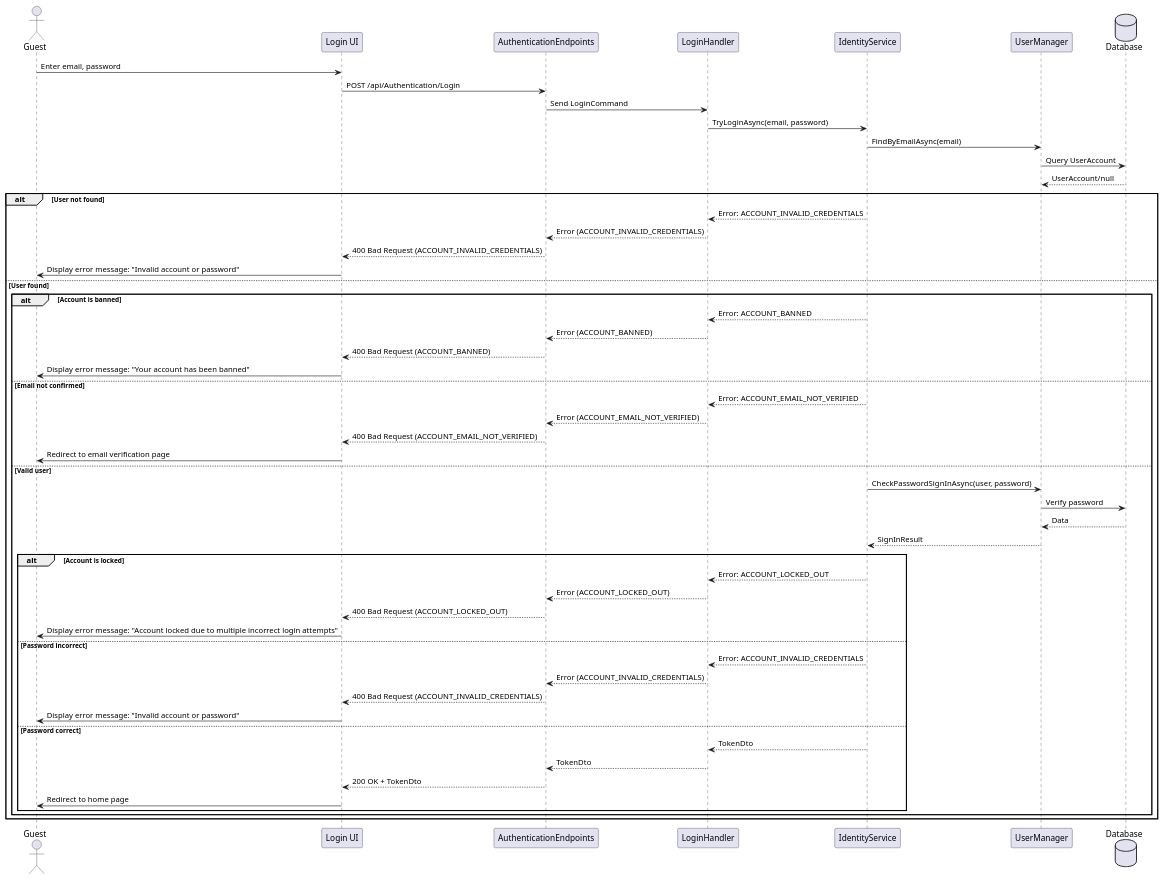
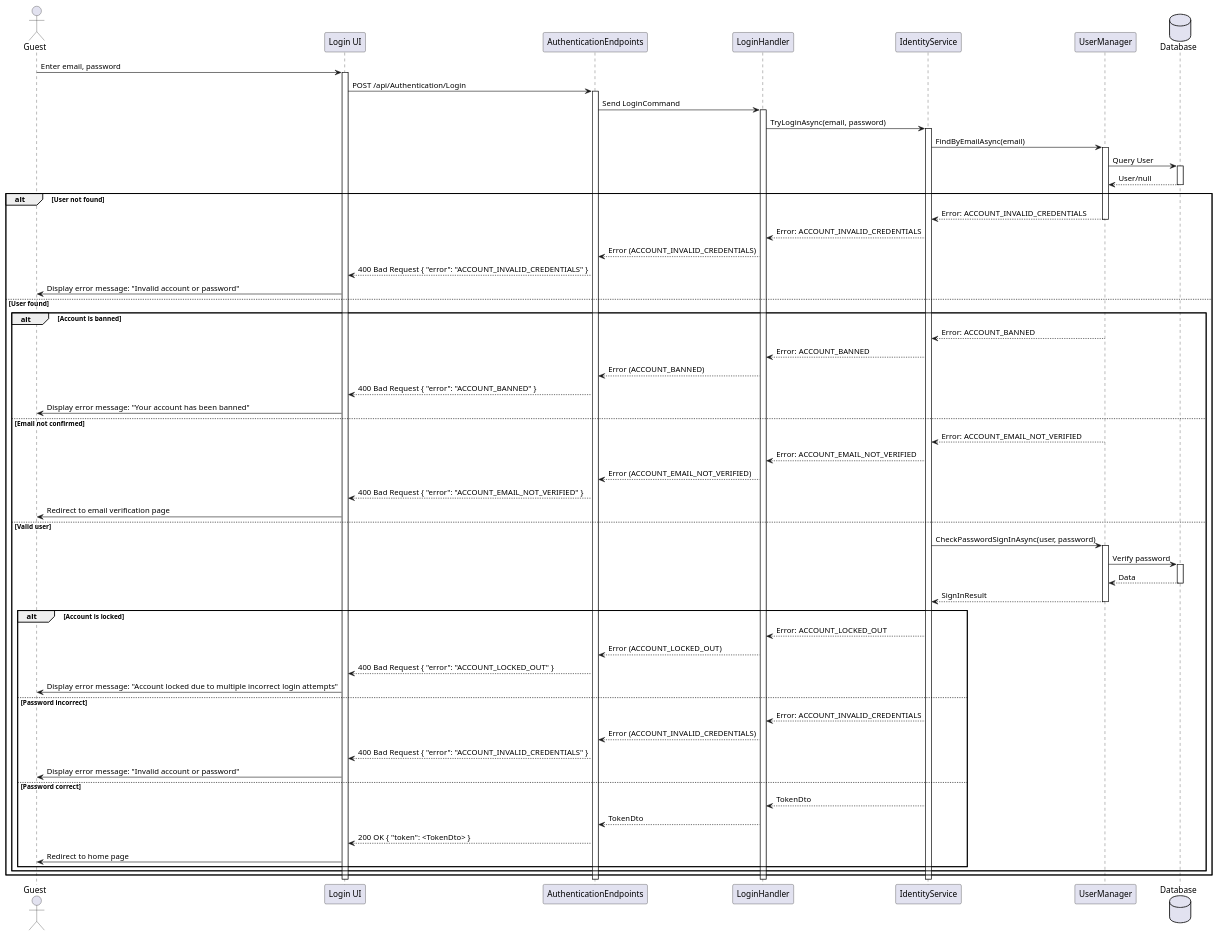
One commit to thanhkhac/SEP_Diagram changed the diagram in authentication/sequence/02_Login.puml. Above: the diagram before and after it, drawn with PlantUML. The commit also changed 3 other files, not shown here.

Commit message:
Enhance authentication sequence diagrams

```diff
--- a/authentication/sequence/02_Login.puml
+++ b/authentication/sequence/02_Login.puml
@@ -1,57 +1,77 @@
 @startuml
 actor Guest as User
 participant "Login UI" as UI
 participant AuthenticationEndpoints
 participant LoginHandler
 participant IdentityService
 participant UserManager
 Database Database
 
 User -> UI : Enter email, password
+activate UI
 UI -> AuthenticationEndpoints : POST /api/Authentication/Login
+activate AuthenticationEndpoints
 AuthenticationEndpoints -> LoginHandler : Send LoginCommand
+activate LoginHandler
 LoginHandler -> IdentityService : TryLoginAsync(email, password)
+activate IdentityService
 IdentityService -> UserManager : FindByEmailAsync(email)
-UserManager -> Database : Query UserAccount
-Database --> UserManager : UserAccount/null
+activate UserManager
+UserManager -> Database : Query User
+activate Database
+Database --> UserManager : User/null
+deactivate Database
 alt User not found
+    UserManager --> IdentityService : Error: ACCOUNT_INVALID_CREDENTIALS
+    deactivate UserManager
     IdentityService --> LoginHandler : Error: ACCOUNT_INVALID_CREDENTIALS
     LoginHandler --> AuthenticationEndpoints : Error (ACCOUNT_INVALID_CREDENTIALS)
-    AuthenticationEndpoints --> UI : 400 Bad Request (ACCOUNT_INVALID_CREDENTIALS)
+    AuthenticationEndpoints --> UI : 400 Bad Request { "error": "ACCOUNT_INVALID_CREDENTIALS" }
     UI -> User : Display error message: "Invalid account or password"
 else User found
     alt Account is banned
+        UserManager --> IdentityService : Error: ACCOUNT_BANNED
+        deactivate UserManager
         IdentityService --> LoginHandler : Error: ACCOUNT_BANNED
         LoginHandler --> AuthenticationEndpoints : Error (ACCOUNT_BANNED)
-        AuthenticationEndpoints --> UI : 400 Bad Request (ACCOUNT_BANNED)
+        AuthenticationEndpoints --> UI : 400 Bad Request { "error": "ACCOUNT_BANNED" }
         UI -> User : Display error message: "Your account has been banned"
     else Email not confirmed
+        UserManager --> IdentityService : Error: ACCOUNT_EMAIL_NOT_VERIFIED
+        deactivate UserManager
         IdentityService --> LoginHandler : Error: ACCOUNT_EMAIL_NOT_VERIFIED
         LoginHandler --> AuthenticationEndpoints : Error (ACCOUNT_EMAIL_NOT_VERIFIED)
-        AuthenticationEndpoints --> UI : 400 Bad Request (ACCOUNT_EMAIL_NOT_VERIFIED)
+        AuthenticationEndpoints --> UI : 400 Bad Request { "error": "ACCOUNT_EMAIL_NOT_VERIFIED" }
         UI -> User : Redirect to email verification page
     else Valid user
         IdentityService -> UserManager : CheckPasswordSignInAsync(user, password)
+        activate UserManager
         UserManager -> Database : Verify password
+        activate Database
         Database --> UserManager : Data
+        deactivate Database
         UserManager --> IdentityService : SignInResult
-
+        deactivate UserManager
         alt Account is locked
             IdentityService --> LoginHandler : Error: ACCOUNT_LOCKED_OUT
             LoginHandler --> AuthenticationEndpoints : Error (ACCOUNT_LOCKED_OUT)
-            AuthenticationEndpoints --> UI : 400 Bad Request (ACCOUNT_LOCKED_OUT)
+            AuthenticationEndpoints --> UI : 400 Bad Request { "error": "ACCOUNT_LOCKED_OUT" }
             UI -> User : Display error message: "Account locked due to multiple incorrect login attempts"
         else Password incorrect
             IdentityService --> LoginHandler : Error: ACCOUNT_INVALID_CREDENTIALS
             LoginHandler --> AuthenticationEndpoints : Error (ACCOUNT_INVALID_CREDENTIALS)
-            AuthenticationEndpoints --> UI : 400 Bad Request (ACCOUNT_INVALID_CREDENTIALS)
+            AuthenticationEndpoints --> UI : 400 Bad Request { "error": "ACCOUNT_INVALID_CREDENTIALS" }
             UI -> User : Display error message: "Invalid account or password"
         else Password correct
             IdentityService --> LoginHandler : TokenDto
             LoginHandler --> AuthenticationEndpoints : TokenDto
-            AuthenticationEndpoints --> UI : 200 OK + TokenDto
+            AuthenticationEndpoints --> UI : 200 OK { "token": <TokenDto> }
             UI -> User : Redirect to home page
         end
     end
 end
+deactivate IdentityService
+deactivate LoginHandler
+deactivate AuthenticationEndpoints
+deactivate UI
 @enduml
```
